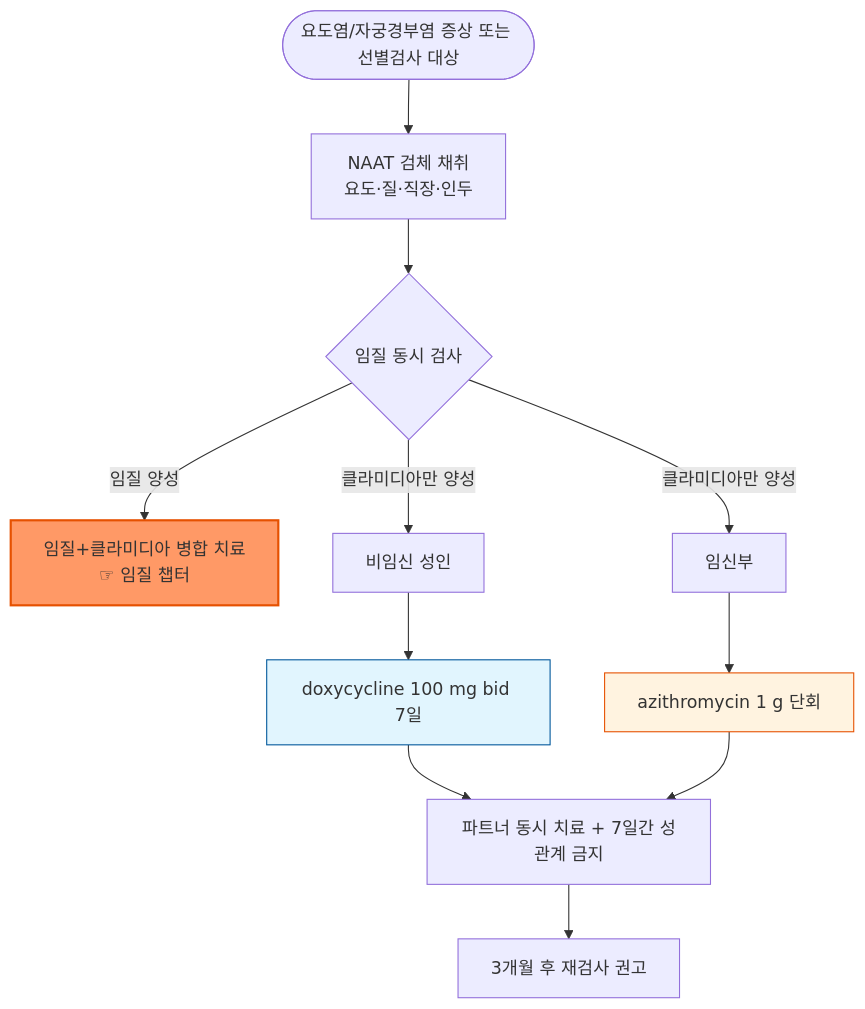
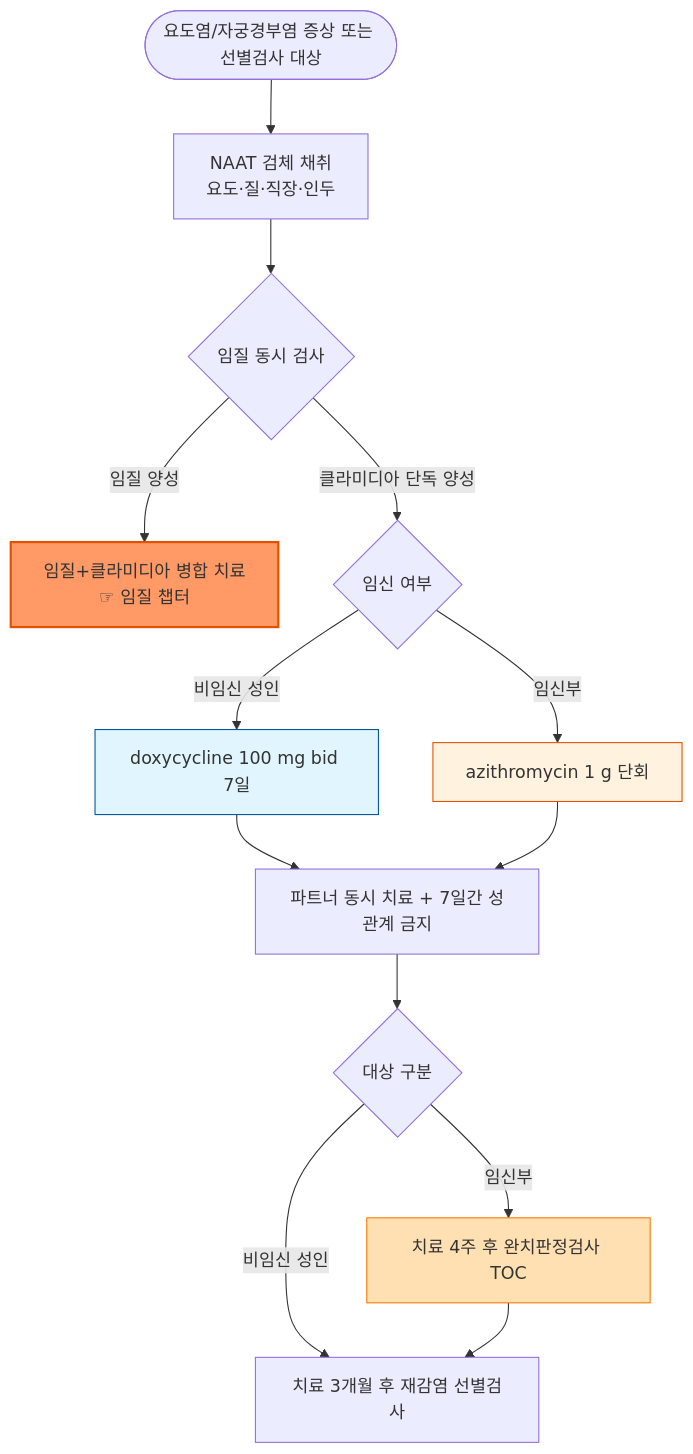
One commit to familyoh77/familyoh77 changed the diagram in 227_/115-4_-chlamydia.md. Above: the diagram before and after it, drawn with Mermaid. The commit also changed other lines of this file, not shown here.

````diff
--- a/227_/115-4_-chlamydia.md
+++ b/227_/115-4_-chlamydia.md
@@ -72,16 +77,19 @@
 ```mermaid
 graph TD
     A([요도염/자궁경부염 증상 또는 선별검사 대상]) --> B[NAAT 검체 채취<br/>요도·질·직장·인두]
     B --> C{임질 동시 검사}
     C -->|임질 양성| D[임질+클라미디아 병합 치료<br/>☞ 임질 챕터]
-    C -->|클라미디아만 양성| E[비임신 성인]
-    C -->|클라미디아만 양성| F[임신부]
-    E --> G[doxycycline 100 mg bid 7일]
-    F --> H[azithromycin 1 g 단회]
-    G --> I[파트너 동시 치료 + 7일간 성관계 금지]
-    H --> I
-    I --> J[3개월 후 재검사 권고]
+    C -->|클라미디아 단독 양성| E{임신 여부}
+    E -->|비임신 성인| F[doxycycline 100 mg bid 7일]
+    E -->|임신부| G[azithromycin 1 g 단회]
+    F --> H[파트너 동시 치료 + 7일간 성관계 금지]
+    G --> H
+    H --> I{대상 구분}
+    I -->|비임신 성인| J[치료 3개월 후 재감염 선별검사]
+    I -->|임신부| K[치료 4주 후 완치판정검사 TOC]
+    K --> J
     style D fill:#f96,stroke:#e65100,stroke-width:2px
-    style G fill:#e1f5fe,stroke:#01579b
-    style H fill:#fff3e0,stroke:#e65100
+    style F fill:#e1f5fe,stroke:#01579b
+    style G fill:#fff3e0,stroke:#e65100
+    style K fill:#ffe0b2,stroke:#f57c00
 ```
````
